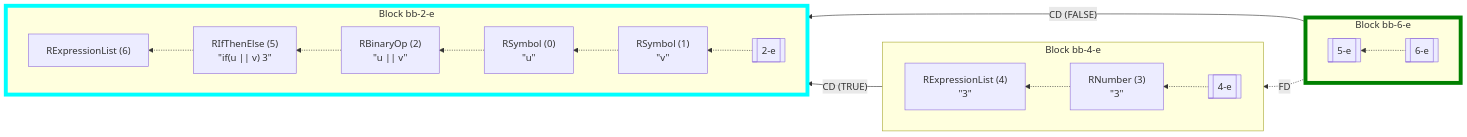
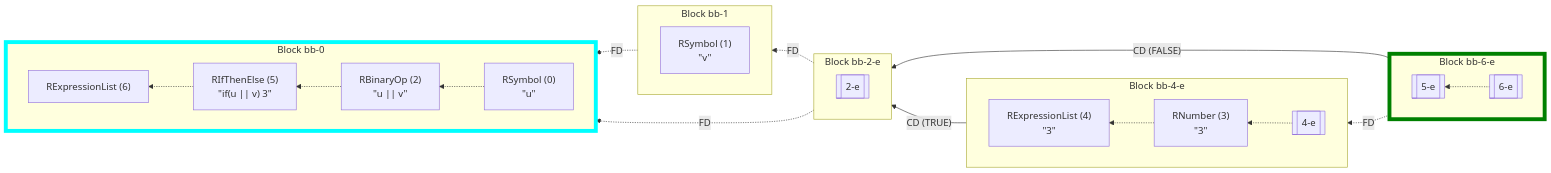
One commit to flowr-analysis/flowr changed the fourth of 23 diagrams in wiki/Control Flow Graph.md. Above: the diagram before and after it, drawn with Mermaid. The commit also changed other lines of this file and 43 other files, not shown here.

````diff
--- a/wiki/Control Flow Graph.md
+++ b/wiki/Control Flow Graph.md
@@ -230,41 +231,48 @@
 ```mermaid
 flowchart RL
-    subgraph nbb-2-e [Block bb-2-e]
+    subgraph nbb-0 [Block bb-0]
         direction RL
-    n2-e[[2-e]]
-    n1["`RSymbol (1)
-#34;v#34;`"]
-    n2-e -.-> n1
     n0["`RSymbol (0)
 #34;u#34;`"]
-    n1 -.-> n0
     n2["`RBinaryOp (2)
 #34;u || v#34;`"]
     n0 -.-> n2
     n5["`RIfThenElse (5)
 #34;if(u || v) 3#34;`"]
     n2 -.-> n5
     n6["`RExpressionList (6)`"]
     n5 -.-> n6
+    end
+    subgraph nbb-1 [Block bb-1]
+        direction RL
+    n1["`RSymbol (1)
+#34;v#34;`"]
+    end
+    subgraph nbb-2-e [Block bb-2-e]
+        direction RL
+    n2-e[[2-e]]
     end
     subgraph nbb-4-e [Block bb-4-e]
         direction RL
     n4-e[[4-e]]
     n3["`RNumber (3)
 #34;3#34;`"]
     n4-e -.-> n3
     n4["`RExpressionList (4)
 #34;3#34;`"]
     n3 -.-> n4
     end
     subgraph nbb-6-e [Block bb-6-e]
         direction RL
     n6-e[[6-e]]
     n5-e[[5-e]]
     n6-e -.-> n5-e
     end
+    nbb-1 -.->|"FD"| nbb-0
+    nbb-2-e -.->|"FD"| nbb-1
+    nbb-2-e -.->|"FD"| nbb-0
     nbb-6-e -.->|"FD"| nbb-4-e
     nbb-6-e -->|"CD (FALSE)"| nbb-2-e
     nbb-4-e -->|"CD (TRUE)"| nbb-2-e
-    style nbb-2-e stroke:cyan,stroke-width:6.5px;    style nbb-6-e stroke:green,stroke-width:6.5px;
+    style nbb-0 stroke:cyan,stroke-width:6.5px;    style nbb-6-e stroke:green,stroke-width:6.5px;
 ```
````
